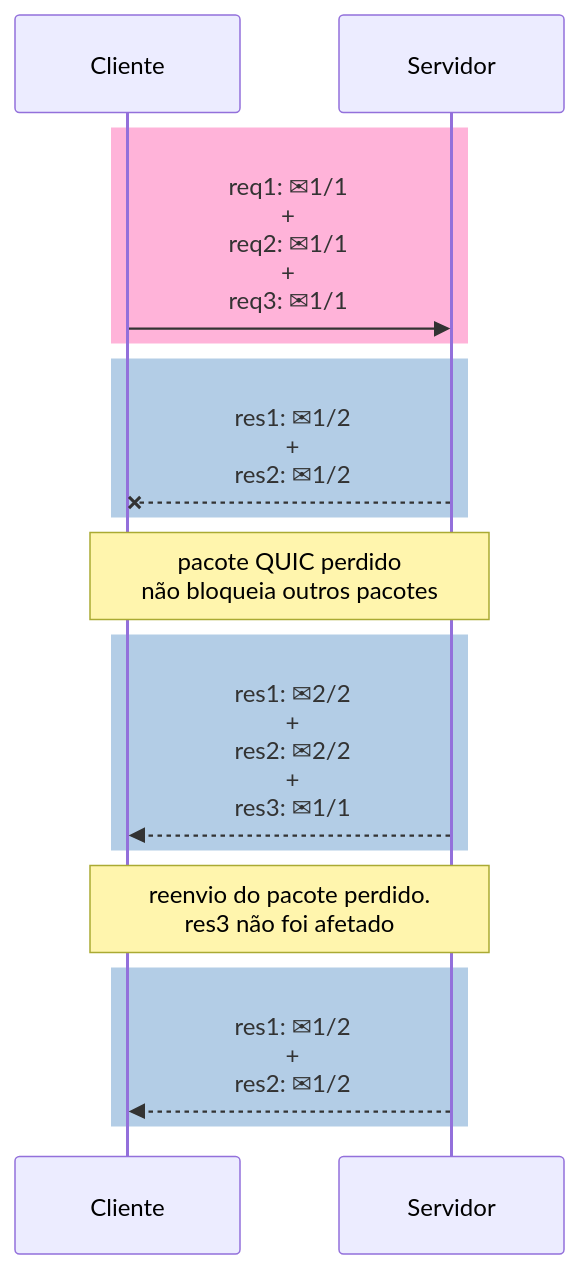
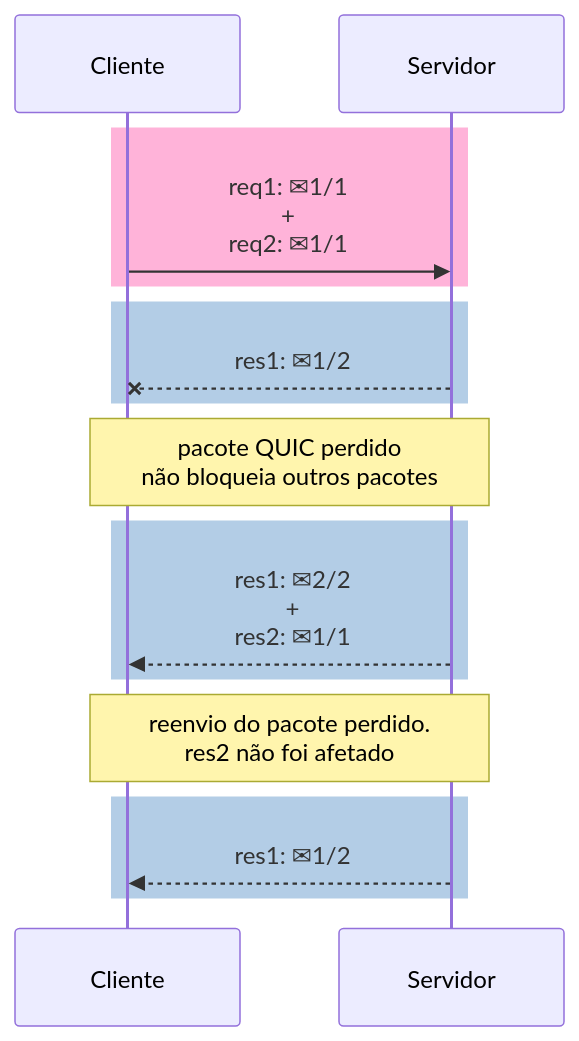
One commit to alexandrehtrb/alexandrehtrb.github.io changed the fourth of 4 diagrams in src/posts/2024/03/http2-e-http3-explicados.md. Above: the diagram before and after it, drawn with Mermaid. The commit also changed 1 other file, not shown here.

Commit message:
article: simplify http3 packets diagram

````diff
--- a/src/posts/2024/03/http2-e-http3-explicados.md
+++ b/src/posts/2024/03/http2-e-http3-explicados.md
@@ -176,17 +176,17 @@
 ```mermaid
 sequenceDiagram
     rect rgb(255, 179, 217)
-        Cliente->>Servidor: req1: #9993;1/1<br>+<br>req2: #9993;1/1<br>+<br>req3: #9993;1/1
+        Cliente->>Servidor: req1: #9993;1/1<br>+<br>req2: #9993;1/1
     end
     rect rgb(179, 205, 230)
-        Servidor--xCliente: res1: #9993;1/2<br>+<br>res2: #9993;1/2
+        Servidor--xCliente: res1: #9993;1/2
     end
     Note over Cliente,Servidor: pacote QUIC perdido<br>não bloqueia outros pacotes
     rect rgb(179, 205, 230)
-        Servidor-->>Cliente: res1: #9993;2/2<br>+<br>res2: #9993;2/2<br>+<br>res3: #9993;1/1
+        Servidor-->>Cliente: res1: #9993;2/2<br>+<br>res2: #9993;1/1
     end
-    Note over Cliente,Servidor: reenvio do pacote perdido.<br>res3 não foi afetado
+    Note over Cliente,Servidor: reenvio do pacote perdido.<br>res2 não foi afetado
     rect rgb(179, 205, 230)
-        Servidor-->>Cliente: res1: #9993;1/2<br>+<br>res2: #9993;1/2
+        Servidor-->>Cliente: res1: #9993;1/2
     end
 ```
````
